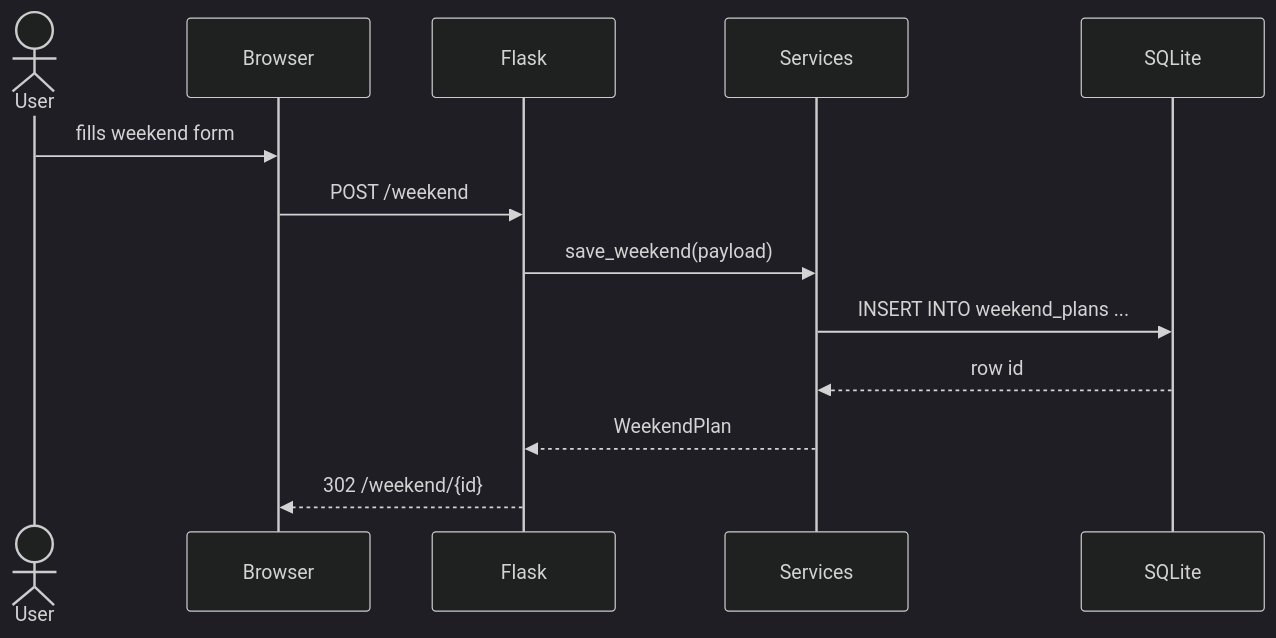
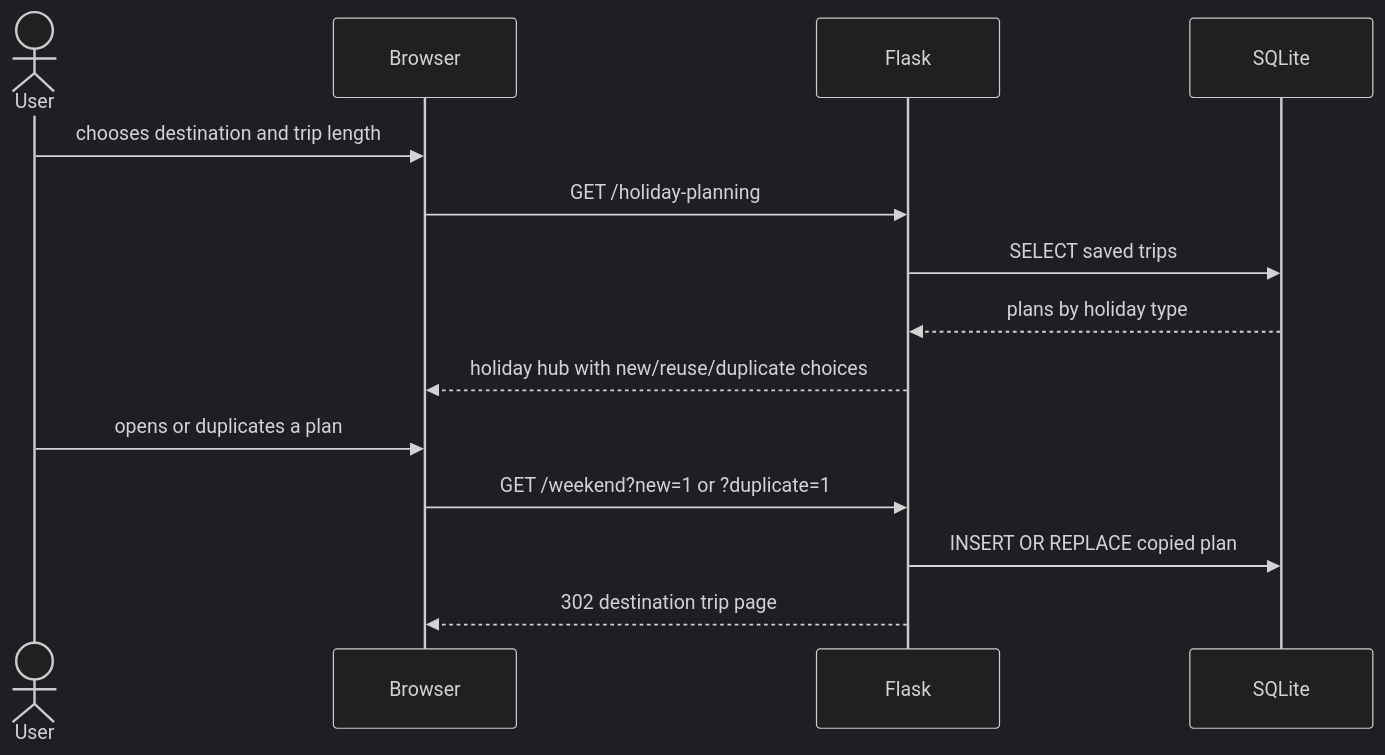
Before and after one commit to mstrydom-airs/strydom-holiday-planner: the third of 3 diagrams in docs/architecture/index.rst, drawn with Mermaid (dark theme). The commit also changed other lines of this file and 14 other files, not shown here.

First line of the commit message:
test: add holiday planning documentation coverage

```diff
--- a/docs/architecture/index.rst
+++ b/docs/architecture/index.rst
@@ -36,11 +36,13 @@
 .. mermaid::
 
    sequenceDiagram
      actor User
-     User->>Browser: fills weekend form
-     Browser->>Flask: POST /weekend
-     Flask->>Services: save_weekend(payload)
-     Services->>SQLite: INSERT INTO weekend_plans ...
-     SQLite-->>Services: row id
-     Services-->>Flask: WeekendPlan
-     Flask-->>Browser: 302 /weekend/{id}
+     User->>Browser: chooses destination and trip length
+     Browser->>Flask: GET /holiday-planning
+     Flask->>SQLite: SELECT saved trips
+     SQLite-->>Flask: plans by holiday type
+     Flask-->>Browser: holiday hub with new/reuse/duplicate choices
+     User->>Browser: opens or duplicates a plan
+     Browser->>Flask: GET /weekend?new=1 or ?duplicate=1
+     Flask->>SQLite: INSERT OR REPLACE copied plan
+     Flask-->>Browser: 302 destination trip page
```
